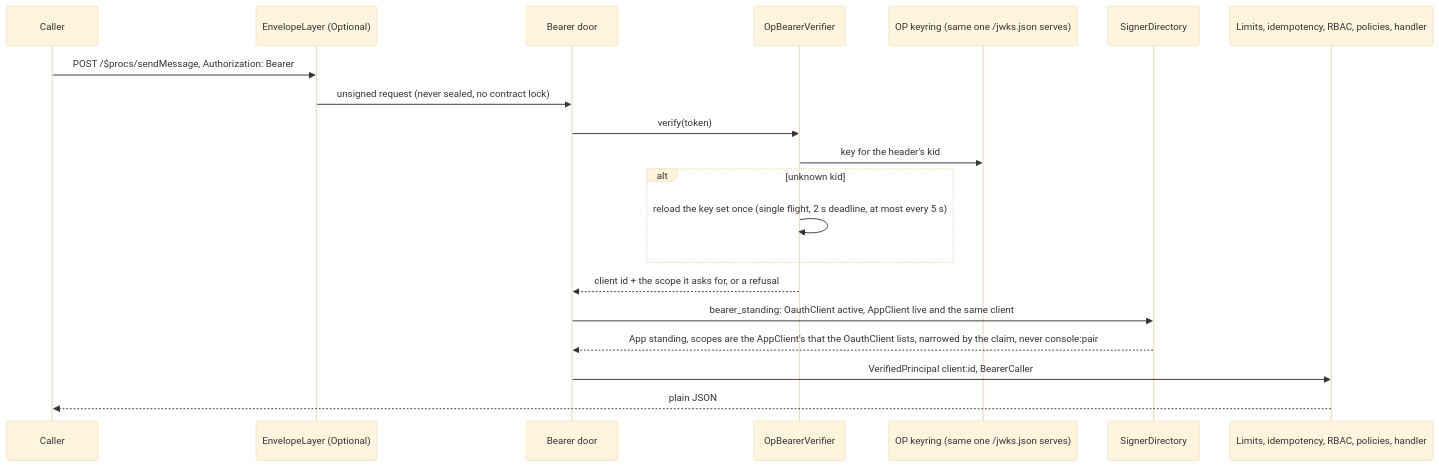
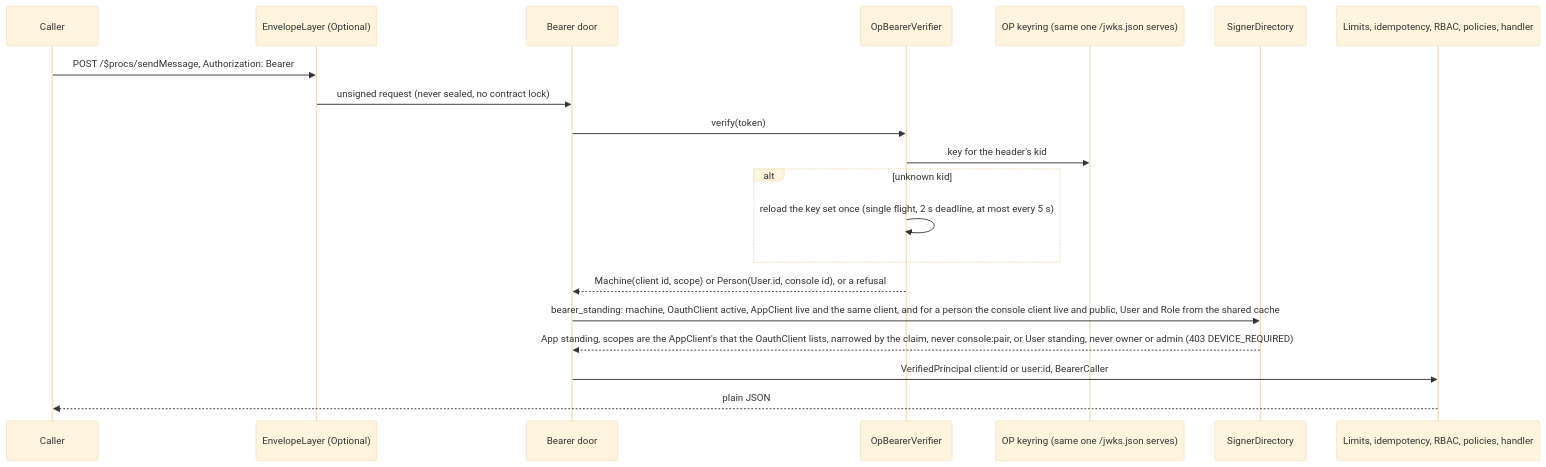
One commit to vaam-apps/vsms changed the ninth of 21 diagrams in docs/architecture.md. Above: the diagram before and after it, drawn with Mermaid (base theme). The commit also changed other lines of this file and 26 other files, not shown here.

````diff
--- a/docs/architecture.md
+++ b/docs/architecture.md
@@ -2108,22 +2108,22 @@
 ```mermaid
 sequenceDiagram
     participant C as Caller
     participant E as EnvelopeLayer (Optional)
     participant B as Bearer door
     participant V as OpBearerVerifier
     participant K as OP keyring (same one /jwks.json serves)
     participant D as SignerDirectory
     participant R as Limits, idempotency, RBAC, policies, handler
     C->>E: POST /$procs/sendMessage, Authorization: Bearer
     E->>B: unsigned request (never sealed, no contract lock)
     B->>V: verify(token)
     V->>K: key for the header's kid
     alt unknown kid
         V->>V: reload the key set once (single flight, 2 s deadline, at most every 5 s)
     end
-    V-->>B: client id + the scope it asks for, or a refusal
-    B->>D: bearer_standing: OauthClient active, AppClient live and the same client
-    D-->>B: App standing, scopes are the AppClient's that the OauthClient lists, narrowed by the claim, never console:pair
-    B->>R: VerifiedPrincipal client:id, BearerCaller
+    V-->>B: Machine(client id, scope) or Person(User.id, console id), or a refusal
+    B->>D: bearer_standing: machine, OauthClient active, AppClient live and the same client, and for a person the console client live and public, User and Role from the shared cache
+    D-->>B: App standing, scopes are the AppClient's that the OauthClient lists, narrowed by the claim, never console:pair, or User standing, never owner or admin (403 DEVICE_REQUIRED)
+    B->>R: VerifiedPrincipal client:id or user:id, BearerCaller
     R-->>C: plain JSON
 ```
````
